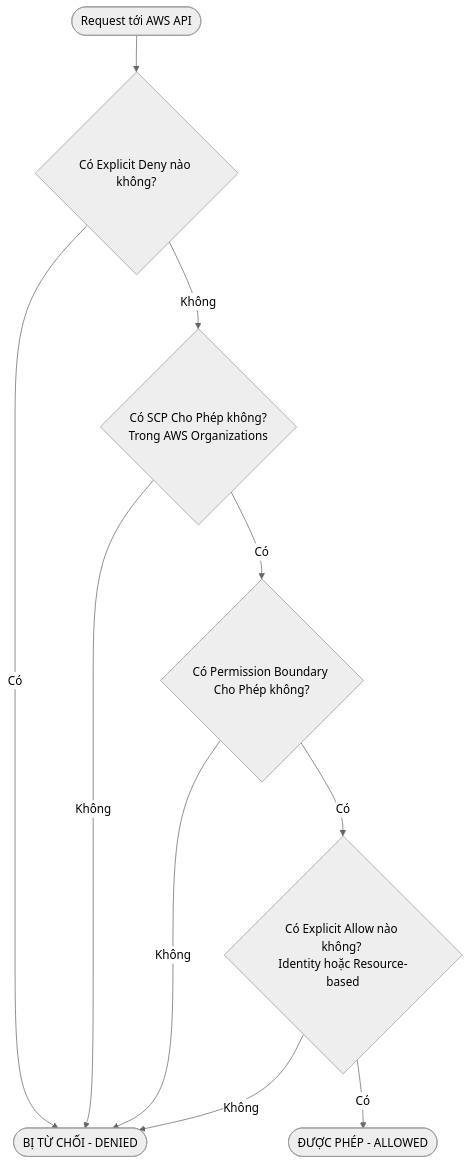
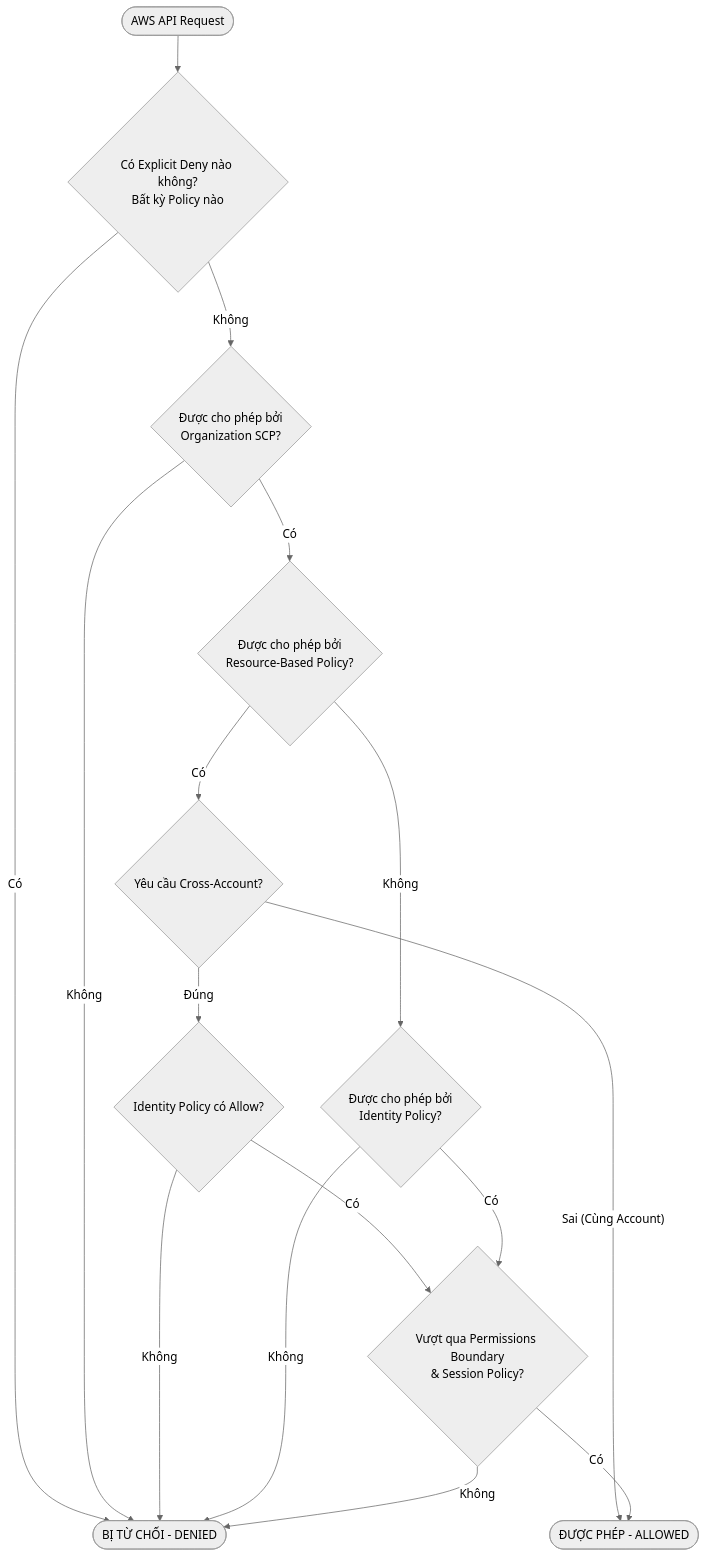
Before and after one commit to nhatphanhk/AWS_XBrain_Note: the second of 4 diagrams in AWS_Services/IAM_Identity_and_Access_Management.md, drawn with Mermaid (neutral theme). The commit also changed other lines of this file and 15 other files, not shown here.

````diff
--- a/AWS_Services/IAM_Identity_and_Access_Management.md
+++ b/AWS_Services/IAM_Identity_and_Access_Management.md
@@ -110,12 +132,18 @@
 ```mermaid
 flowchart TD
-    Req([Request tới AWS API]) --> Step1{Có Explicit Deny nào không?}
+    Req([AWS API Request]) --> Step1{Có Explicit Deny nào không?\nBất kỳ Policy nào}
     Step1 -- Có --> DenyResult([BỊ TỪ CHỐI - DENIED])
-    Step1 -- Không --> Step2{Có SCP Cho Phép không? \nTrong AWS Organizations}
+    Step1 -- Không --> Step2{Được cho phép bởi\nOrganization SCP?}
     Step2 -- Không --> DenyResult
-    Step2 -- Có --> Step3{Có Permission Boundary Cho Phép không?}
-    Step3 -- Không --> DenyResult
-    Step3 -- Có --> Step4{Có Explicit Allow nào không? \nIdentity hoặc Resource-based}
-    Step4 -- Có --> AllowResult([ĐƯỢC PHÉP - ALLOWED])
-    Step4 -- Không --> DenyResult
+    Step2 -- Có --> Step3{Được cho phép bởi\nResource-Based Policy?}
+    Step3 -- Có --> CheckCrossAccount{Yêu cầu Cross-Account?}
+    CheckCrossAccount -- Đúng --> CheckIdentityPolicy{Identity Policy có Allow?}
+    CheckIdentityPolicy -- Có --> CheckBoundaries{Vượt qua Permissions Boundary\n& Session Policy?}
+    CheckIdentityPolicy -- Không --> DenyResult
+    CheckCrossAccount -- Sai (Cùng Account) --> AllowResult([ĐƯỢC PHÉP - ALLOWED])
+    Step3 -- Không --> CheckIdentityDirect{Được cho phép bởi\nIdentity Policy?}
+    CheckIdentityDirect -- Không --> DenyResult
+    CheckIdentityDirect -- Có --> CheckBoundaries
+    CheckBoundaries -- Có --> AllowResult
+    CheckBoundaries -- Không --> DenyResult
 ```
````
